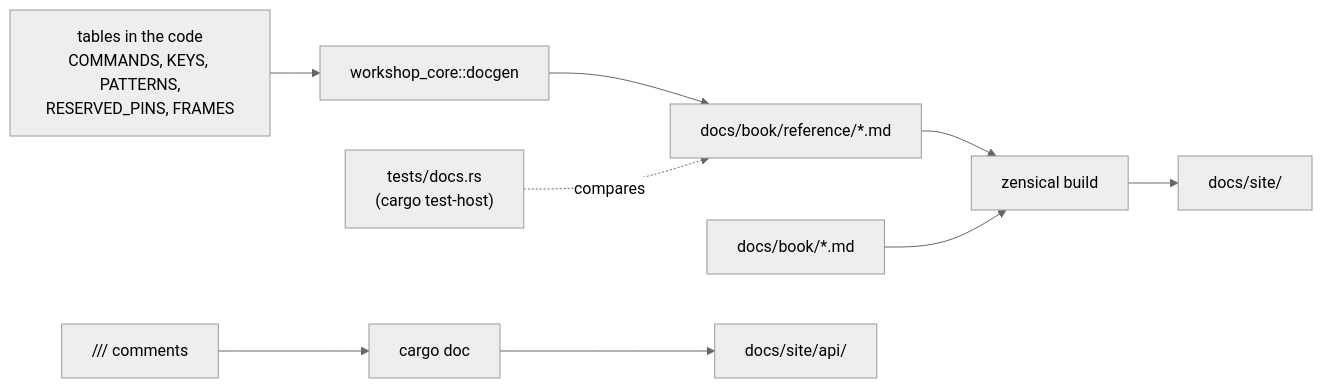
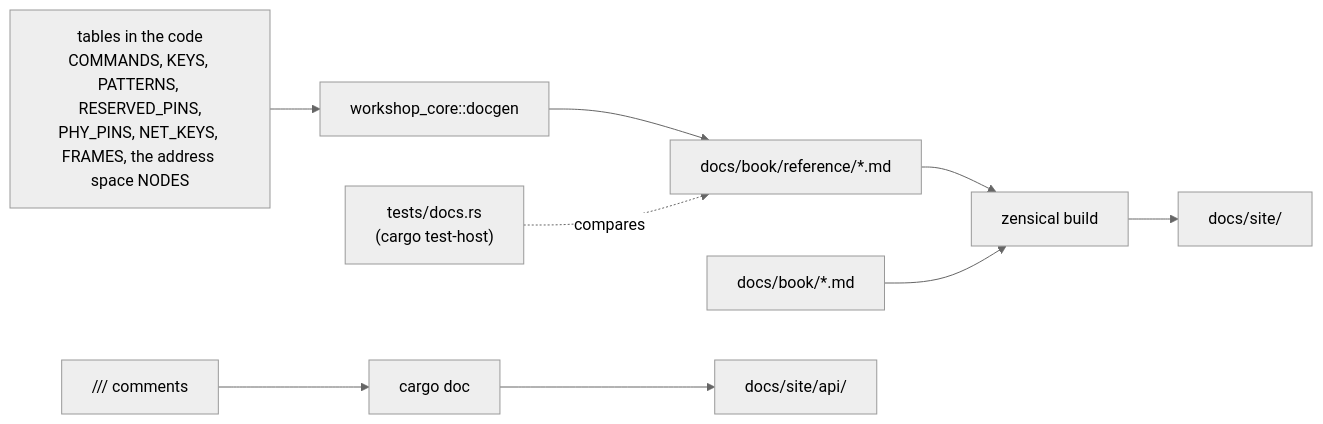
The diagram in docs/book/automation.md (Lpwlk/esp32-rust-workshop), drawn with Mermaid (neutral theme) before and after one commit. The commit also changed other lines of this file and 17 other files, not shown here.

````diff
--- a/docs/book/automation.md
+++ b/docs/book/automation.md
@@ -41,11 +42,11 @@
 ```mermaid
 flowchart LR
-    tables["tables in the code<br/>COMMANDS, KEYS, PATTERNS,<br/>RESERVED_PINS, FRAMES"] --> docgen["workshop_core::docgen"]
+    tables["tables in the code<br/>COMMANDS, KEYS, PATTERNS, RESERVED_PINS,<br/>PHY_PINS, NET_KEYS, FRAMES, the address space NODES"] --> docgen["workshop_core::docgen"]
     docgen --> ref["docs/book/reference/*.md"]
     test["tests/docs.rs<br/>(cargo test-host)"] -. compares .-> ref
     ref --> zensical["zensical build"]
     guides["docs/book/*.md"] --> zensical
     comments["/// comments"] --> rustdoc["cargo doc"]
     zensical --> site["docs/site/"]
     rustdoc --> api["docs/site/api/"]
 ```
````
